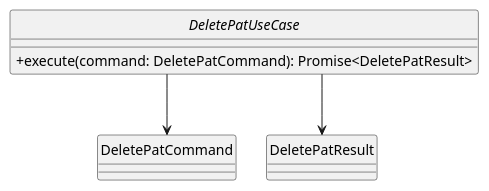
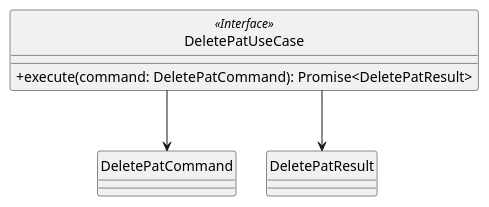
The diagram in assets/st_diagrams/code/plantuml/analysis/application/useCases/deletePAT.uc.plantuml (SkarabGroup/DocumentazioneProgetto), drawn with PlantUML before and after one commit. The commit also changed 107 other files, not shown here.

Commit message:
Fixed all diagrams with interfaces

```diff
--- a/assets/st_diagrams/code/plantuml/analysis/application/useCases/deletePAT.uc.plantuml
+++ b/assets/st_diagrams/code/plantuml/analysis/application/useCases/deletePAT.uc.plantuml
@@ -1,15 +1,15 @@
 @startuml DeletePatUseCase
 skinparam componentStyle uml2.5
 skinparam linetype ortho
 skinparam nodesep 30
 skinparam ranksep 30
 skinparam ClassAttributeIconSize 0
 hide circles
 
-interface DeletePatUseCase {
+class DeletePatUseCase <<Interface>> {
     + execute(command: DeletePatCommand): Promise<DeletePatResult>
 }
 
 DeletePatUseCase --down-> DeletePatCommand
 DeletePatUseCase --down-> DeletePatResult
 @enduml
```
